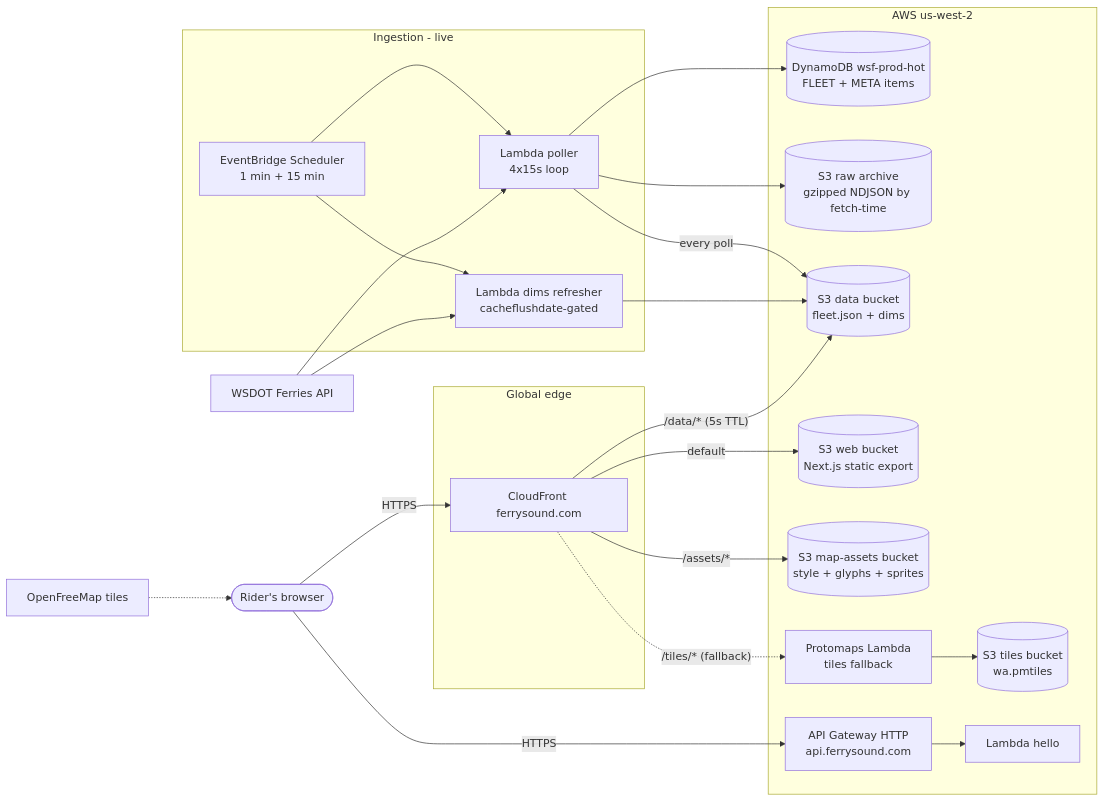
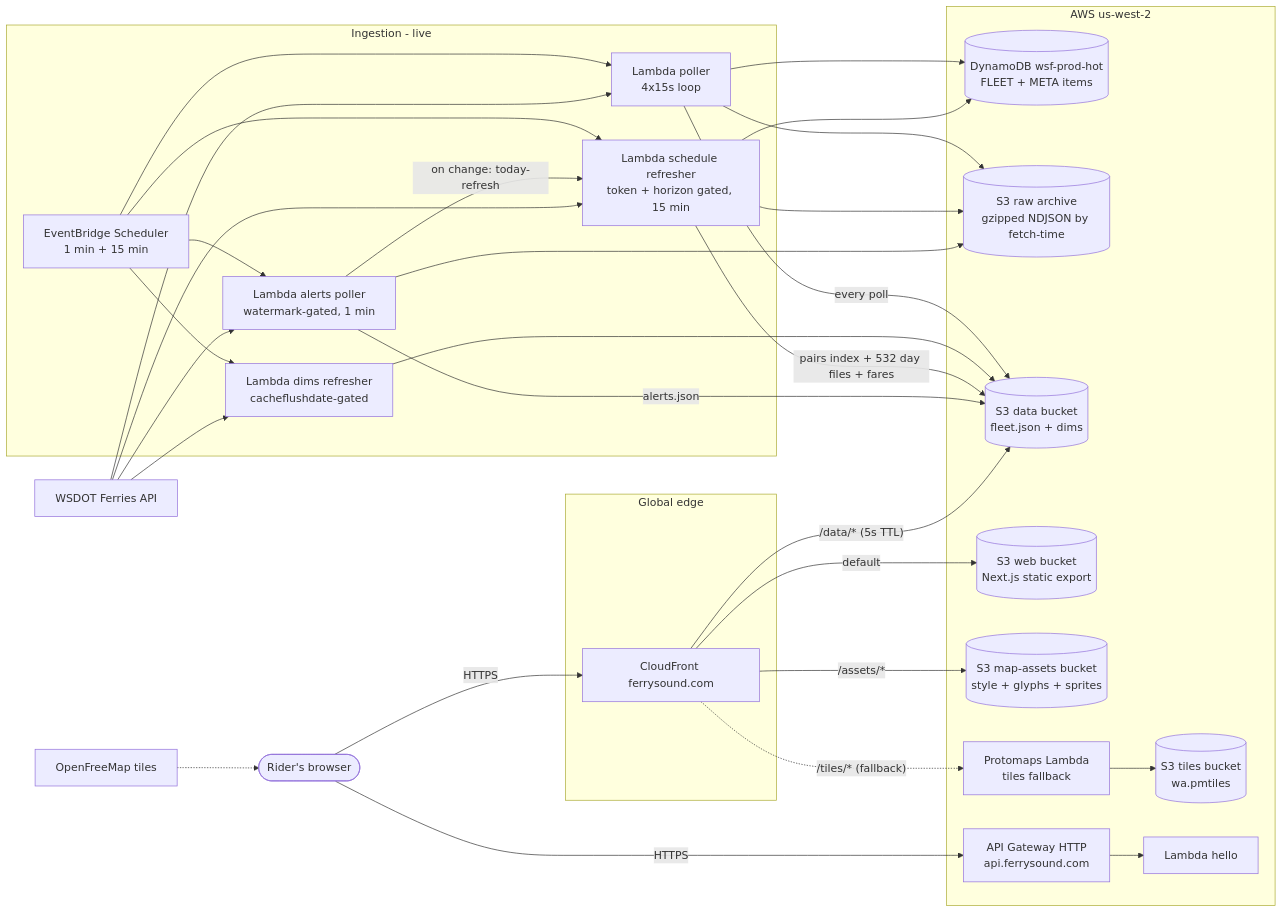
One commit to ryankirkland/wsf-ferry-companion changed the first of 3 diagrams in docs/architecture.md. Above: the diagram before and after it, drawn with Mermaid. The commit also changed other lines of this file and 2 other files, not shown here.

Commit message:
M2 W4 docs: architecture chart + ERD rows for M2, ADR-0005 amendment, feature status

````diff
--- a/docs/architecture.md
+++ b/docs/architecture.md
@@ -10,40 +10,50 @@
 ```mermaid
 flowchart LR
     WSF[WSDOT Ferries API]
     U([Rider's browser])
 
     subgraph ingest [Ingestion - live]
         EB[EventBridge Scheduler<br/>1 min + 15 min] --> POLL[Lambda poller<br/>4x15s loop]
         EB --> DIMS[Lambda dims refresher<br/>cacheflushdate-gated]
+        EB --> SCHED[Lambda schedule refresher<br/>token + horizon gated, 15 min]
+        EB --> AL[Lambda alerts poller<br/>watermark-gated, 1 min]
+        AL -- "on change: today-refresh" --> SCHED
     end
 
     subgraph usw2 [AWS us-west-2]
         DDB[(DynamoDB wsf-prod-hot<br/>FLEET + META items)]
         RAW[(S3 raw archive<br/>gzipped NDJSON by fetch-time)]
         DATA[(S3 data bucket<br/>fleet.json + dims)]
         WEB[(S3 web bucket<br/>Next.js static export)]
         ASSETS[(S3 map-assets bucket<br/>style + glyphs + sprites)]
         TILES[(S3 tiles bucket<br/>wa.pmtiles)]
         TLAMBDA[Protomaps Lambda<br/>tiles fallback]
         AGW[API Gateway HTTP<br/>api.ferrysound.com]
         HELLO[Lambda hello]
     end
 
     subgraph edge [Global edge]
         CF[CloudFront ferrysound.com]
     end
 
     WSF --> POLL
     WSF --> DIMS
+    WSF --> SCHED
+    WSF --> AL
     POLL --> DDB
     POLL --> RAW
     POLL -- every poll --> DATA
     DIMS --> DATA
+    SCHED --> DDB
+    SCHED --> RAW
+    SCHED -- "pairs index + 532 day files + fares" --> DATA
+    AL --> RAW
+    AL -- alerts.json --> DATA
     U -- HTTPS --> CF
     CF -- default --> WEB
     CF -- "/data/* (5s TTL)" --> DATA
     CF -- "/assets/*" --> ASSETS
     CF -. "/tiles/* (fallback)" .-> TLAMBDA --> TILES
     U -- HTTPS --> AGW --> HELLO
     OFM[OpenFreeMap tiles] -.-> U
 ```
````
